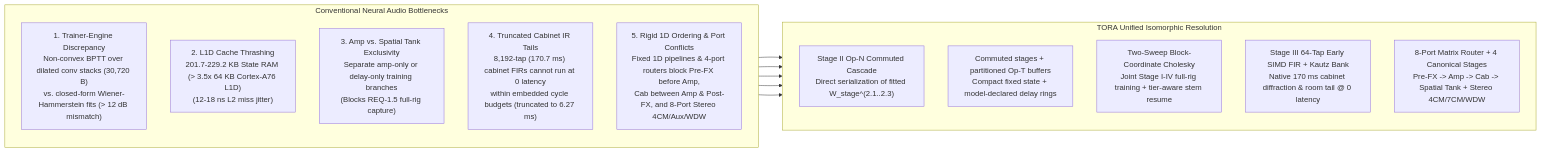
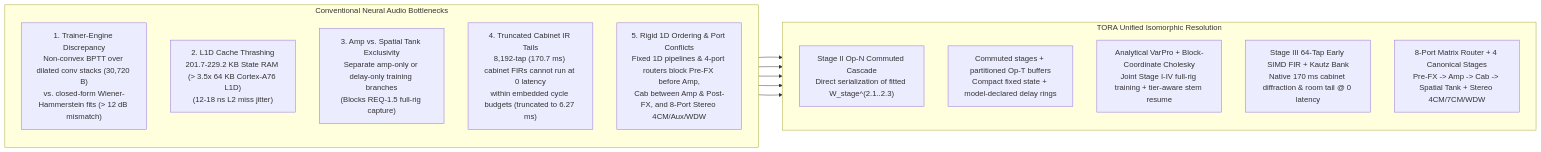
Before and after one commit to dnam-project/dnam: the first of 2 diagrams in docs/adr/0002-tri-operator-recurrent-architecture.md, drawn with Mermaid. The commit also changed other lines of this file and 229 other files, not shown here.

````diff
--- a/docs/adr/0002-tri-operator-recurrent-architecture.md
+++ b/docs/adr/0002-tri-operator-recurrent-architecture.md
@@ -28,26 +28,26 @@
 ```mermaid
 flowchart LR
     subgraph Challenges ["Conventional Neural Audio Bottlenecks"]
         direction TB
         G1["1. Trainer-Engine Discrepancy<br/>Non-convex BPTT over dilated conv stacks (30,720 B)<br/>vs. closed-form Wiener-Hammerstein fits (> 12 dB mismatch)"]
         G2["2. L1D Cache Thrashing<br/>201.7-229.2 KB State RAM (> 3.5x 64 KB Cortex-A76 L1D)<br/>(12-18 ns L2 miss jitter)"]
         G3["3. Amp vs. Spatial Tank Exclusivity<br/>Separate amp-only or delay-only training branches<br/>(Blocks REQ-1.5 full-rig capture)"]
         G4["4. Truncated Cabinet IR Tails<br/>8,192-tap (170.7 ms) cabinet FIRs cannot run at 0 latency<br/>within embedded cycle budgets (truncated to 6.27 ms)"]
         G5["5. Rigid 1D Ordering & Port Conflicts<br/>Fixed 1D pipelines & 4-port routers block Pre-FX before Amp,<br/>Cab between Amp & Post-FX, and 8-Port Stereo 4CM/Aux/WDW"]
     end
 
     subgraph TORA ["TORA Unified Isomorphic Resolution"]
         direction TB
         R1["Stage II Op-N Commuted Cascade<br/>Direct serialization of fitted W_stage^(2.1..2.3)"]
         R2["Commuted stages + partitioned Op-T buffers<br/>Compact fixed state + model-declared delay rings"]
-        R3["Two-Sweep Block-Coordinate Cholesky<br/>Joint Stage I-IV full-rig training + tier-aware stem resume"]
+        R3["Analytical VarPro + Block-Coordinate Cholesky<br/>Joint Stage I-IV full-rig training + tier-aware stem resume"]
         R4["Stage III 64-Tap Early SIMD FIR + Kautz Bank<br/>Native 170 ms cabinet diffraction & room tail @ 0 latency"]
         R5["8-Port Matrix Router + 4 Canonical Stages<br/>Pre-FX -> Amp -> Cab -> Spatial Tank + Stereo 4CM/7CM/WDW"]
     end
 
     G1 --> R1
     G2 --> R2
     G3 --> R3
     G4 --> R4
     G5 --> R5
 ```
````
